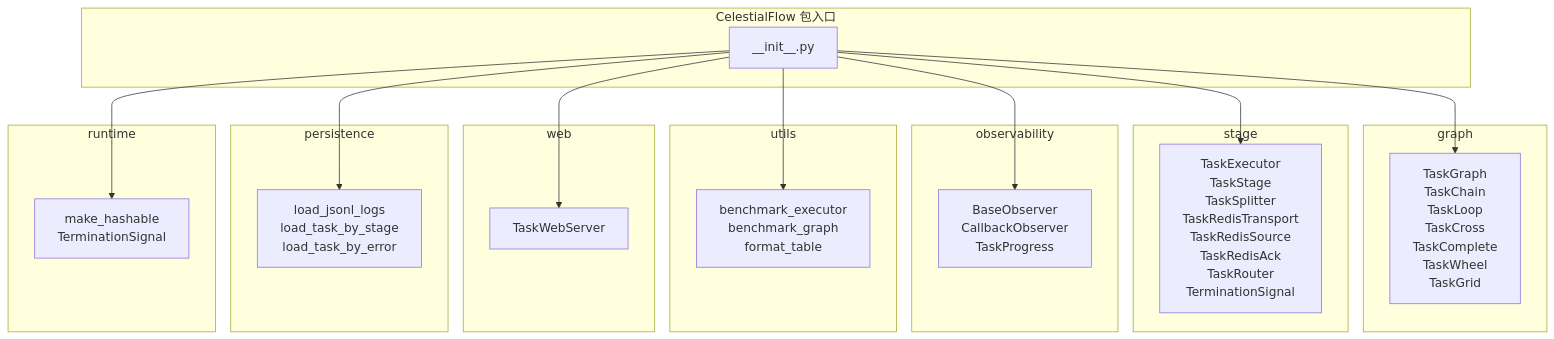
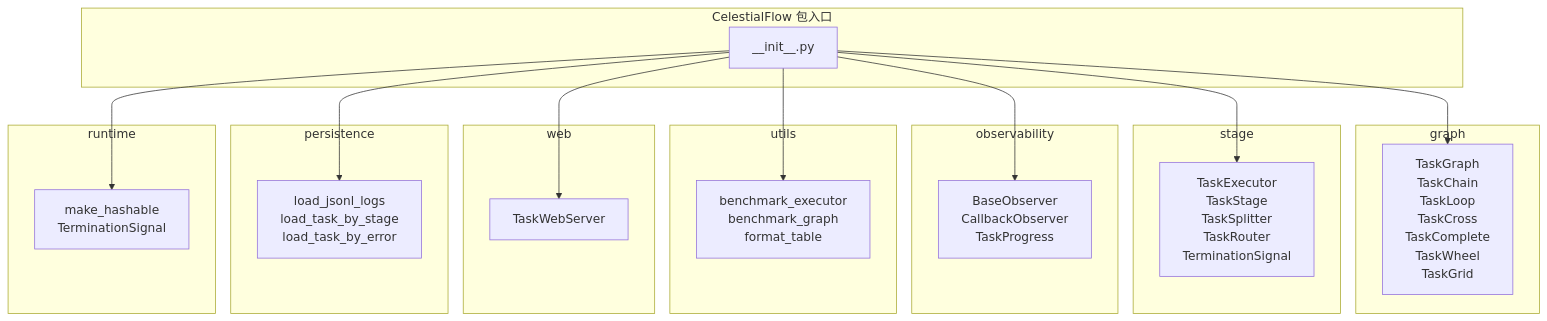
Before and after one commit to Mr-xiaotian/CelestialFlow: the diagram in docs/zh-CN/src/__init__.md, drawn with Mermaid. The commit also changed 6 other files, not shown here.

````diff
--- a/docs/zh-CN/src/__init__.md
+++ b/docs/zh-CN/src/__init__.md
@@ -206,42 +206,42 @@
 ```mermaid
 graph TD
     subgraph "CelestialFlow 包入口"
         Init["__init__.py"]
     end
 
     subgraph graph
         G["TaskGraph<br/>TaskChain<br/>TaskLoop<br/>TaskCross<br/>TaskComplete<br/>TaskWheel<br/>TaskGrid"]
     end
 
     subgraph stage
-        S["TaskExecutor<br/>TaskStage<br/>TaskSplitter<br/>TaskRedisTransport<br/>TaskRedisSource<br/>TaskRedisAck<br/>TaskRouter<br/>TerminationSignal"]
+        S["TaskExecutor<br/>TaskStage<br/>TaskSplitter<br/>TaskRouter<br/>TerminationSignal"]
     end
 
     subgraph observability
         O["BaseObserver<br/>CallbackObserver<br/>TaskProgress"]
     end
 
     subgraph utils
         U["benchmark_executor<br/>benchmark_graph<br/>format_table"]
     end
 
     subgraph web
         W["TaskWebServer"]
     end
 
     subgraph persistence
         P["load_jsonl_logs<br/>load_task_by_stage<br/>load_task_by_error"]
     end
 
     subgraph runtime
         R["make_hashable<br/>TerminationSignal"]
     end
 
     Init --> G
     Init --> S
     Init --> O
     Init --> U
     Init --> W
     Init --> P
     Init --> R
 ```
````
